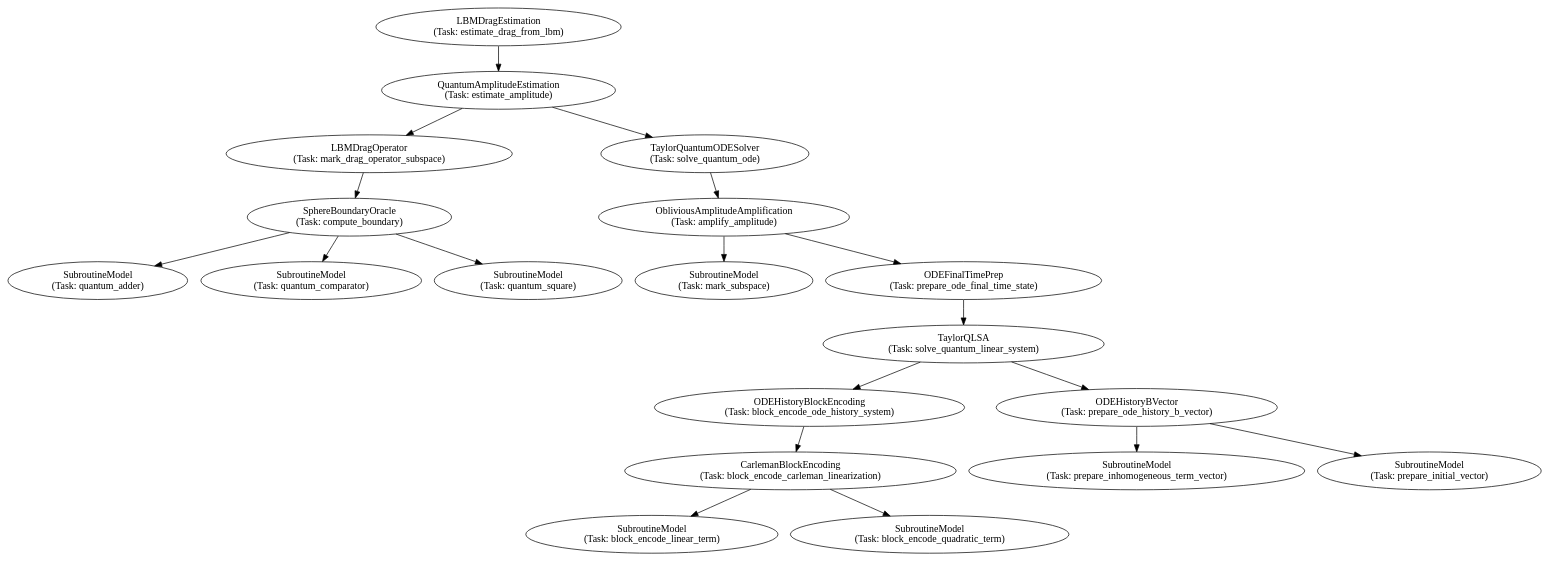
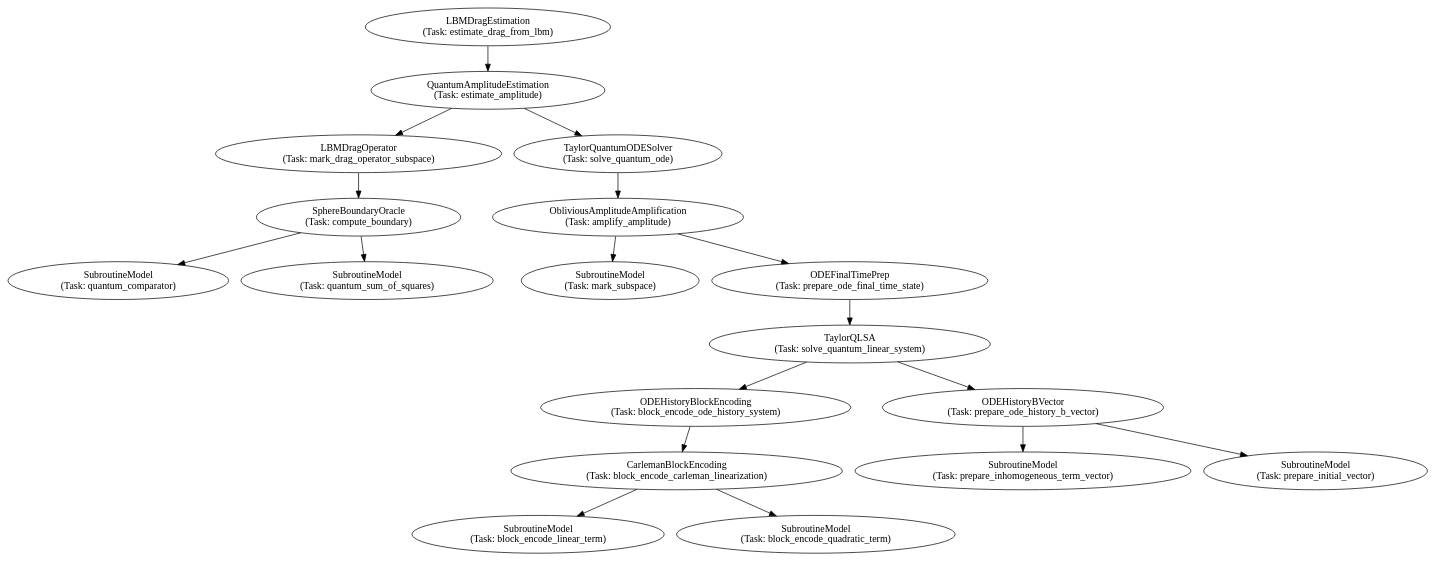
The diagram in examples/quantum_algorithms/Digraph.gv (zapatacomputing/qsub), drawn with Graphviz before and after one commit. The commit also changed 3 other files, not shown here.

Commit message:
Combined adder and square as sum_of_squares

```diff
--- a/examples/quantum_algorithms/Digraph.gv
+++ b/examples/quantum_algorithms/Digraph.gv
@@ -1,59 +1,56 @@
 // Subroutines Hierarchy
 digraph {
 	LBMDragEstimation_estimate_drag_from_lbm [label="LBMDragEstimation
 (Task: estimate_drag_from_lbm)"]
 	QuantumAmplitudeEstimation_estimate_amplitude [label="QuantumAmplitudeEstimation
 (Task: estimate_amplitude)"]
 	LBMDragEstimation_estimate_drag_from_lbm -> QuantumAmplitudeEstimation_estimate_amplitude
 	LBMDragOperator_mark_drag_operator_subspace [label="LBMDragOperator
 (Task: mark_drag_operator_subspace)"]
 	QuantumAmplitudeEstimation_estimate_amplitude -> LBMDragOperator_mark_drag_operator_subspace
 	SphereBoundaryOracle_compute_boundary [label="SphereBoundaryOracle
 (Task: compute_boundary)"]
 	LBMDragOperator_mark_drag_operator_subspace -> SphereBoundaryOracle_compute_boundary
-	SubroutineModel_quantum_adder [label="SubroutineModel
-(Task: quantum_adder)"]
-	SphereBoundaryOracle_compute_boundary -> SubroutineModel_quantum_adder
 	SubroutineModel_quantum_comparator [label="SubroutineModel
 (Task: quantum_comparator)"]
 	SphereBoundaryOracle_compute_boundary -> SubroutineModel_quantum_comparator
-	SubroutineModel_quantum_square [label="SubroutineModel
-(Task: quantum_square)"]
-	SphereBoundaryOracle_compute_boundary -> SubroutineModel_quantum_square
+	SubroutineModel_quantum_sum_of_squares [label="SubroutineModel
+(Task: quantum_sum_of_squares)"]
+	SphereBoundaryOracle_compute_boundary -> SubroutineModel_quantum_sum_of_squares
 	TaylorQuantumODESolver_solve_quantum_ode [label="TaylorQuantumODESolver
 (Task: solve_quantum_ode)"]
 	QuantumAmplitudeEstimation_estimate_amplitude -> TaylorQuantumODESolver_solve_quantum_ode
 	ObliviousAmplitudeAmplification_amplify_amplitude [label="ObliviousAmplitudeAmplification
 (Task: amplify_amplitude)"]
 	TaylorQuantumODESolver_solve_quantum_ode -> ObliviousAmplitudeAmplification_amplify_amplitude
 	SubroutineModel_mark_subspace [label="SubroutineModel
 (Task: mark_subspace)"]
 	ObliviousAmplitudeAmplification_amplify_amplitude -> SubroutineModel_mark_subspace
 	ODEFinalTimePrep_prepare_ode_final_time_state [label="ODEFinalTimePrep
 (Task: prepare_ode_final_time_state)"]
 	ObliviousAmplitudeAmplification_amplify_amplitude -> ODEFinalTimePrep_prepare_ode_final_time_state
 	TaylorQLSA_solve_quantum_linear_system [label="TaylorQLSA
 (Task: solve_quantum_linear_system)"]
 	ODEFinalTimePrep_prepare_ode_final_time_state -> TaylorQLSA_solve_quantum_linear_system
 	ODEHistoryBlockEncoding_block_encode_ode_history_system [label="ODEHistoryBlockEncoding
 (Task: block_encode_ode_history_system)"]
 	TaylorQLSA_solve_quantum_linear_system -> ODEHistoryBlockEncoding_block_encode_ode_history_system
 	CarlemanBlockEncoding_block_encode_carleman_linearization [label="CarlemanBlockEncoding
 (Task: block_encode_carleman_linearization)"]
 	ODEHistoryBlockEncoding_block_encode_ode_history_system -> CarlemanBlockEncoding_block_encode_carleman_linearization
 	SubroutineModel_block_encode_linear_term [label="SubroutineModel
 (Task: block_encode_linear_term)"]
 	CarlemanBlockEncoding_block_encode_carleman_linearization -> SubroutineModel_block_encode_linear_term
 	SubroutineModel_block_encode_quadratic_term [label="SubroutineModel
 (Task: block_encode_quadratic_term)"]
 	CarlemanBlockEncoding_block_encode_carleman_linearization -> SubroutineModel_block_encode_quadratic_term
 	ODEHistoryBVector_prepare_ode_history_b_vector [label="ODEHistoryBVector
 (Task: prepare_ode_history_b_vector)"]
 	TaylorQLSA_solve_quantum_linear_system -> ODEHistoryBVector_prepare_ode_history_b_vector
 	SubroutineModel_prepare_inhomogeneous_term_vector [label="SubroutineModel
 (Task: prepare_inhomogeneous_term_vector)"]
 	ODEHistoryBVector_prepare_ode_history_b_vector -> SubroutineModel_prepare_inhomogeneous_term_vector
 	SubroutineModel_prepare_initial_vector [label="SubroutineModel
 (Task: prepare_initial_vector)"]
 	ODEHistoryBVector_prepare_ode_history_b_vector -> SubroutineModel_prepare_initial_vector
 }
```
